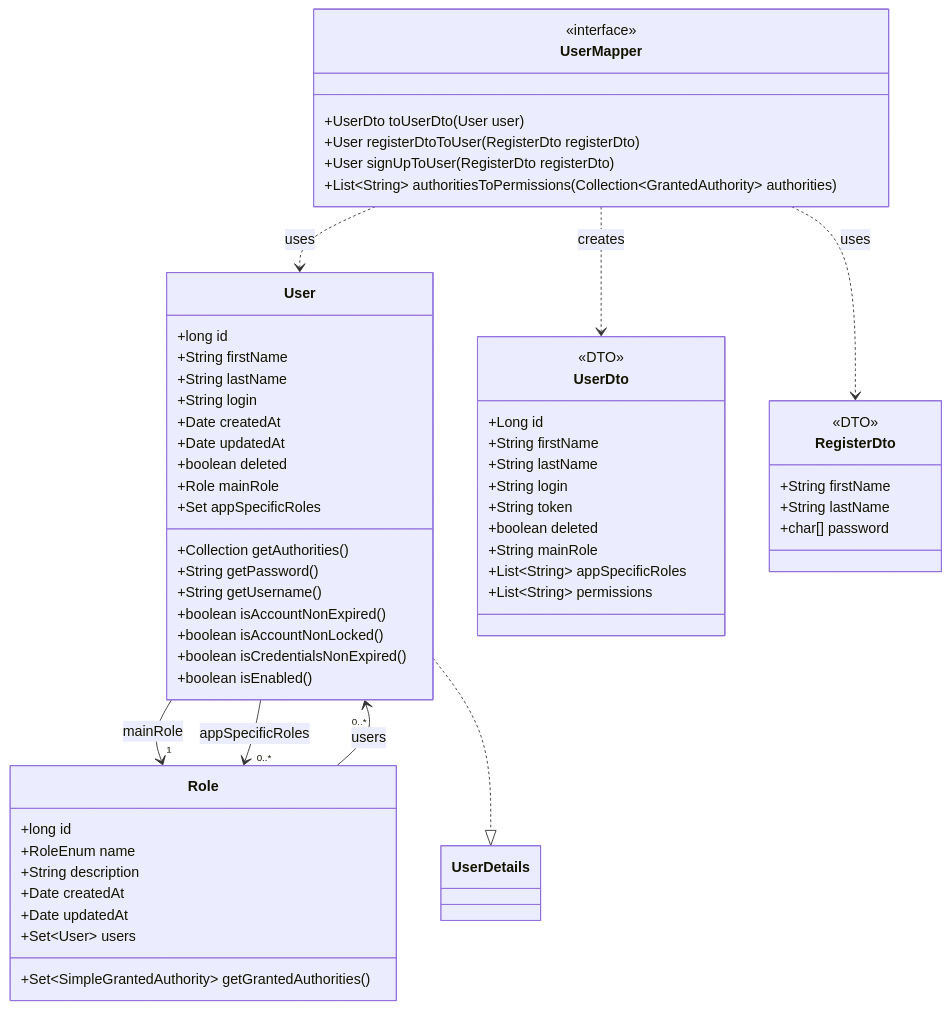
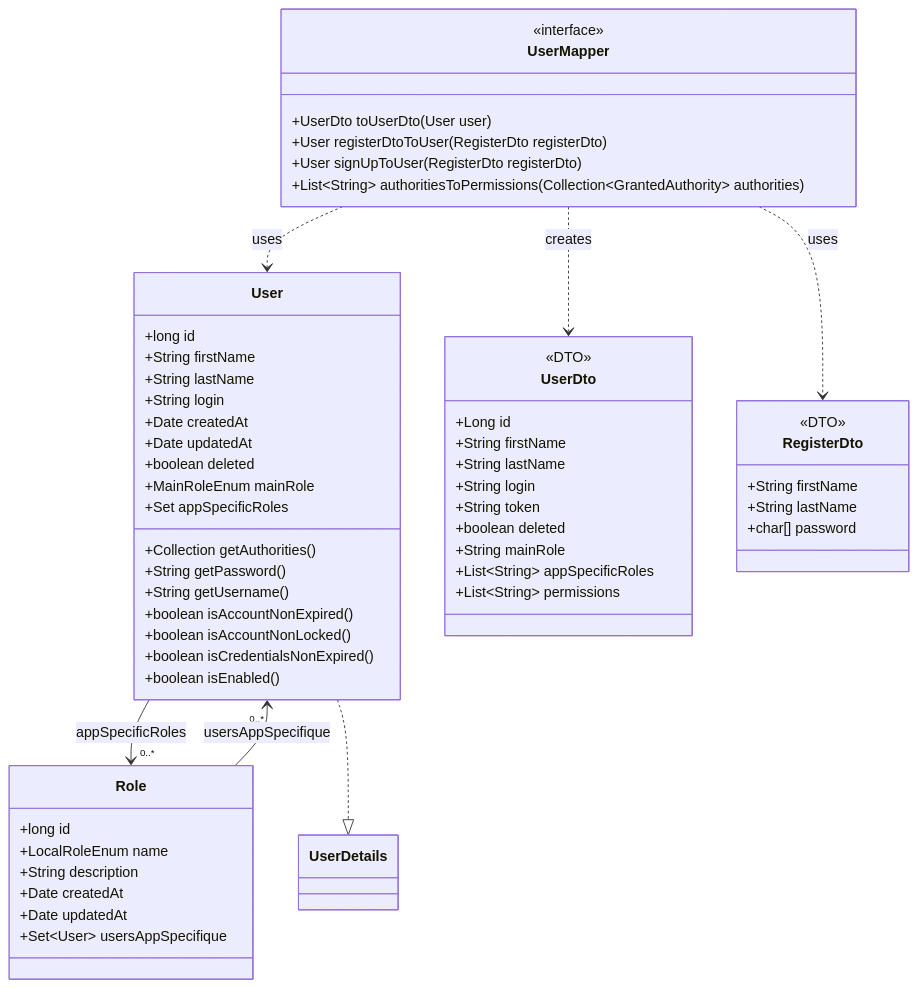
The fifth of 8 diagrams in doc/process-documentation.md (OrifInformatique/template_frontback), drawn with Mermaid before and after one commit. The commit also changed other lines of this file and 18 other files, not shown here.

Commit message:
refactor(backend): refactor role management to distinguish between main roles and local roles

````diff
--- a/doc/process-documentation.md
+++ b/doc/process-documentation.md
@@ -238,68 +238,66 @@
 ```mermaid
 classDiagram
     class User {
         +long id
         +String firstName
         +String lastName
         +String login
         +Date createdAt
         +Date updatedAt
         +boolean deleted
-        +Role mainRole
+        +MainRoleEnum mainRole
         +Set<Role> appSpecificRoles
         +Collection<GrantedAuthority> getAuthorities()
         +String getPassword()
         +String getUsername()
         +boolean isAccountNonExpired()
         +boolean isAccountNonLocked()
         +boolean isCredentialsNonExpired()
         +boolean isEnabled()
     }
 
     class Role {
         +long id
-        +RoleEnum name
+        +LocalRoleEnum name
         +String description
         +Date createdAt
         +Date updatedAt
-        +Set~User~ users
-        +Set~SimpleGrantedAuthority~ getGrantedAuthorities()
+        +Set~User~ usersAppSpecifique
     }
 
     class UserDto {
         <<DTO>>
         +Long id
         +String firstName
         +String lastName
         +String login
         +String token
         +boolean deleted
         +String mainRole
         +List~String~ appSpecificRoles
         +List~String~ permissions
     }
 
     class RegisterDto {
         <<DTO>>
         +String firstName
         +String lastName
         +char[] password
     }
 
     class UserMapper {
         <<interface>>
         +UserDto toUserDto(User user)
         +User registerDtoToUser(RegisterDto registerDto)
         +User signUpToUser(RegisterDto registerDto)
         +List~String~ authoritiesToPermissions(Collection~GrantedAuthority~ authorities)
     }
 
     %% Relationships
-    User --> "1" Role : mainRole
     User --> "0..*" Role : appSpecificRoles
-    Role --> "0..*" User : users
+    Role --> "0..*" User : usersAppSpecifique
     UserMapper ..> User : uses
     UserMapper ..> UserDto : creates
     UserMapper ..> RegisterDto : uses
     User ..|> UserDetails
 ```
````
